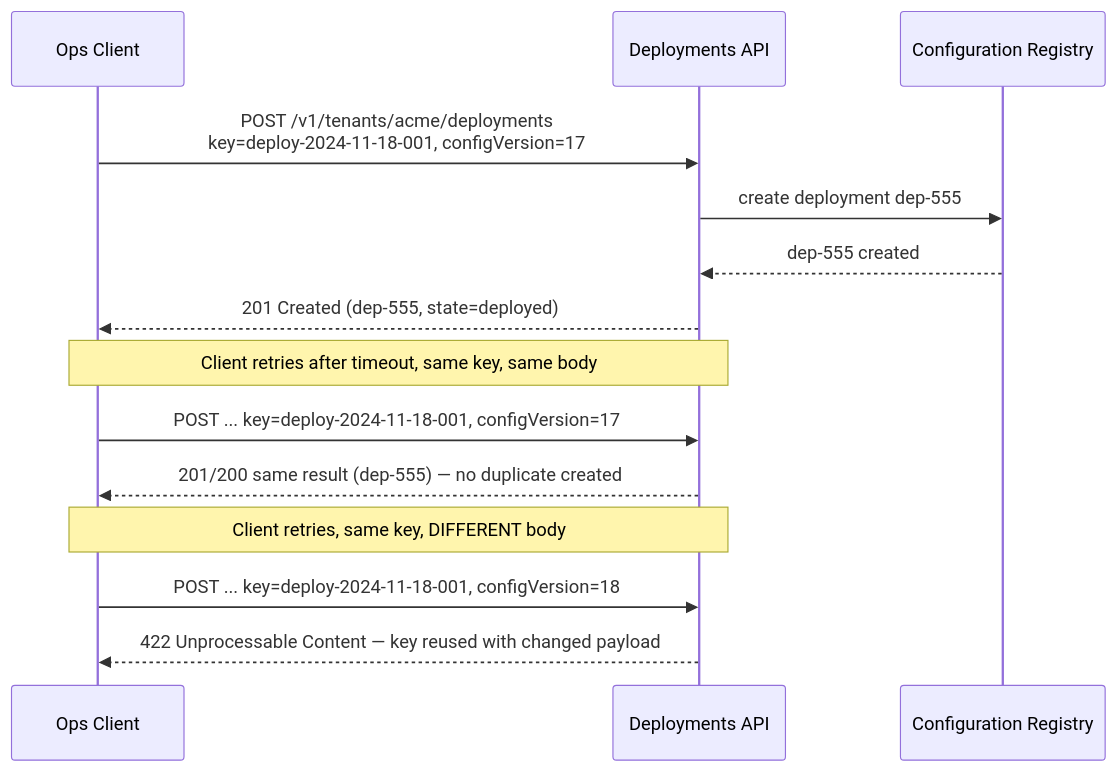
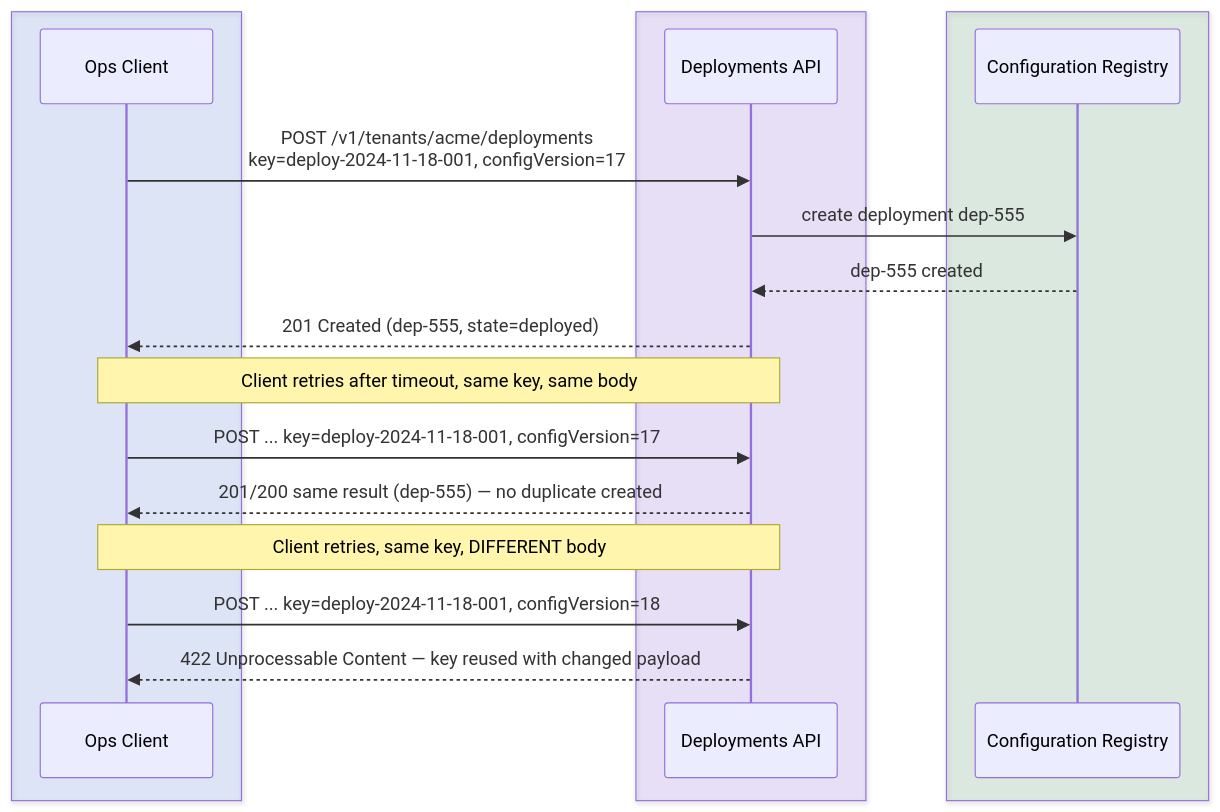
The first of 2 diagrams in site/content/modules/15-fde-case-studies/standalone-designs/configurable-platform-customer-workflows/tutorial-v2-part-3.md (Sourav692/Forward-Deployed-Engineer-Interview-Prep), drawn with Mermaid before and after one commit. The commit also changed other lines of this file and 1268 other files, not shown here.

First line of the commit message:
content: polish Casebook writing and Mermaid diagrams (#251)

````diff
--- a/site/content/modules/15-fde-case-studies/standalone-designs/configurable-platform-customer-workflows/tutorial-v2-part-3.md
+++ b/site/content/modules/15-fde-case-studies/standalone-designs/configurable-platform-customer-workflows/tutorial-v2-part-3.md
@@ -58,19 +58,25 @@
 ```mermaid
 sequenceDiagram
-  participant Client as Ops Client
-  participant API as Deployments API
-  participant Registry as Configuration Registry
+  box rgba(37,99,235,0.12)
+      participant Client as Ops Client
+  end
+  box rgba(124,58,237,0.12)
+      participant API as Deployments API
+  end
+  box rgba(21,128,61,0.12)
+      participant Registry as Configuration Registry
+  end
 
   Client->>API: POST /v1/tenants/acme/deployments<br/>key=deploy-2024-11-18-001, configVersion=17
   API->>Registry: create deployment dep-555
   Registry-->>API: dep-555 created
   API-->>Client: 201 Created (dep-555, state=deployed)
 
   Note over Client,API: Client retries after timeout, same key, same body
   Client->>API: POST ... key=deploy-2024-11-18-001, configVersion=17
   API-->>Client: 201/200 same result (dep-555) — no duplicate created
 
   Note over Client,API: Client retries, same key, DIFFERENT body
   Client->>API: POST ... key=deploy-2024-11-18-001, configVersion=18
   API-->>Client: 422 Unprocessable Content — key reused with changed payload
 ```
````
